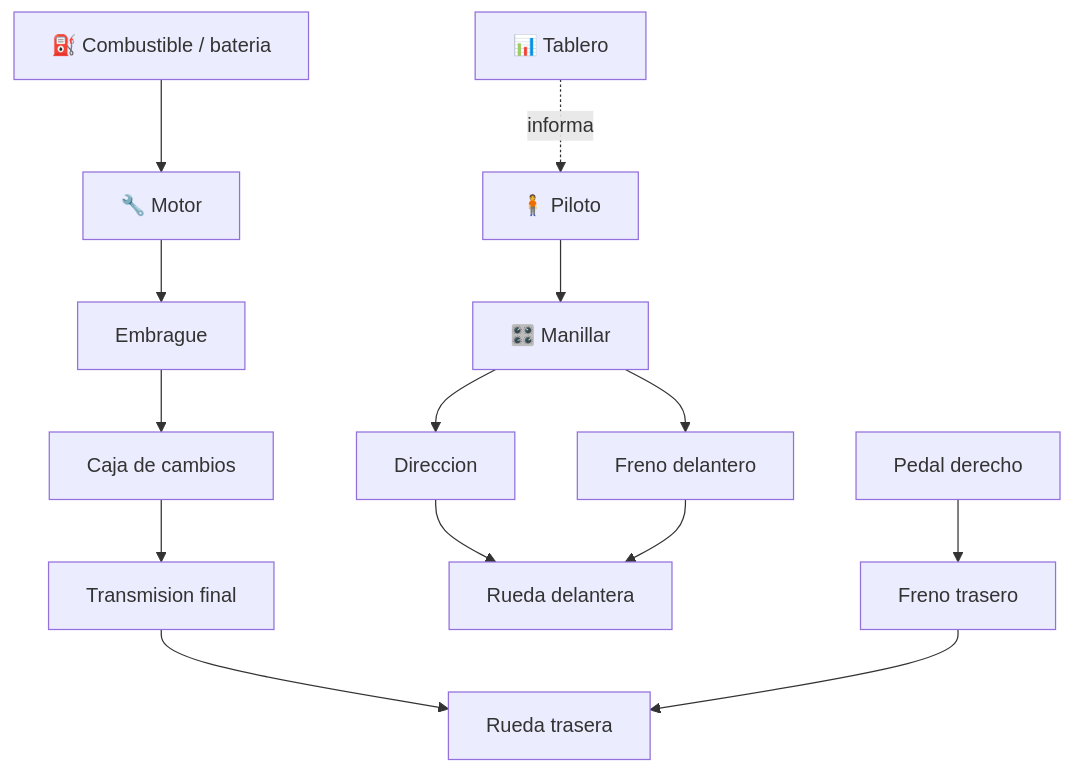
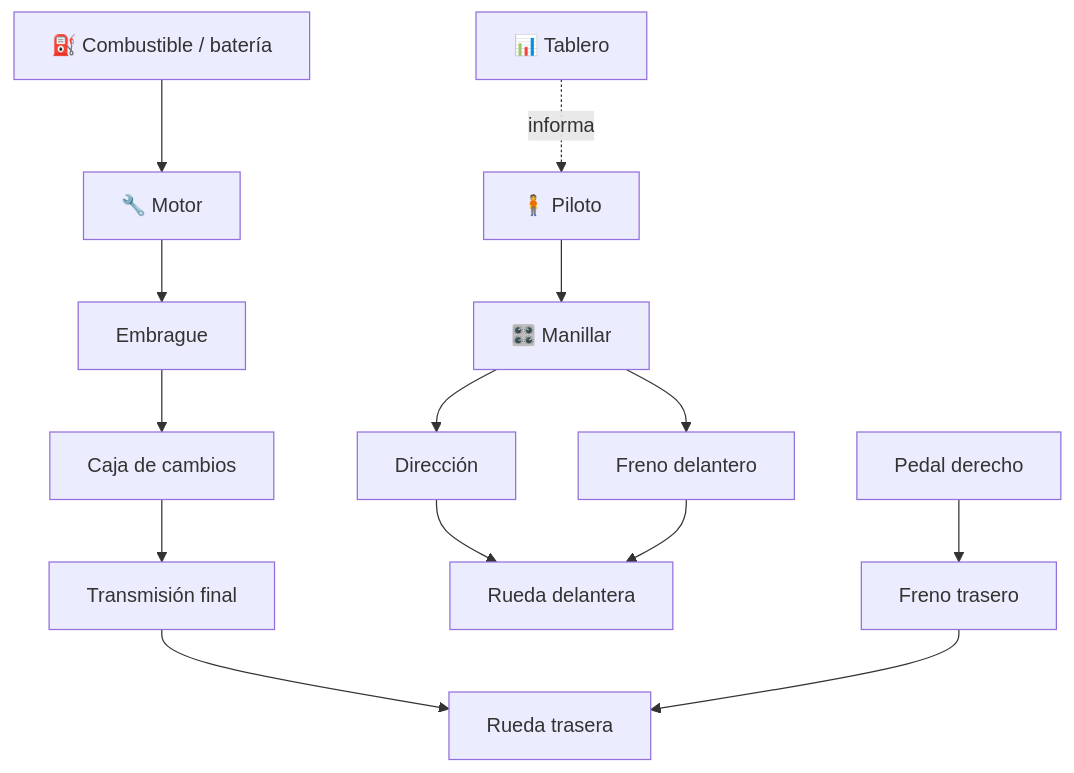
Before and after one commit to vladimiracunadev-create/machine-operator-program: the diagram in vehiculos/motos/README.md, drawn with Mermaid. The commit also changed other lines of this file and 442 other files, not shown here.

````diff
--- a/vehiculos/motos/README.md
+++ b/vehiculos/motos/README.md
@@ -31,16 +31,16 @@
 ```mermaid
 flowchart TD
-    Combustible[⛽ Combustible / bateria] --> Motor[🔧 Motor]
+    Combustible[⛽ Combustible / batería] --> Motor[🔧 Motor]
     Motor --> Embrague[Embrague]
     Embrague --> Caja[Caja de cambios]
-    Caja --> Transmision[Transmision final]
+    Caja --> Transmision[Transmisión final]
     Transmision --> RuedaT[Rueda trasera]
-    Manillar[🎛️ Manillar] --> Direccion[Direccion]
+    Manillar[🎛️ Manillar] --> Direccion[Dirección]
     Direccion --> RuedaD[Rueda delantera]
     Manillar --> FrenoD[Freno delantero]
     Pedal[Pedal derecho] --> FrenoT[Freno trasero]
     FrenoD --> RuedaD
     FrenoT --> RuedaT
     Tablero[📊 Tablero] -. informa .-> Piloto[🧍 Piloto]
     Piloto --> Manillar
 ```
````
